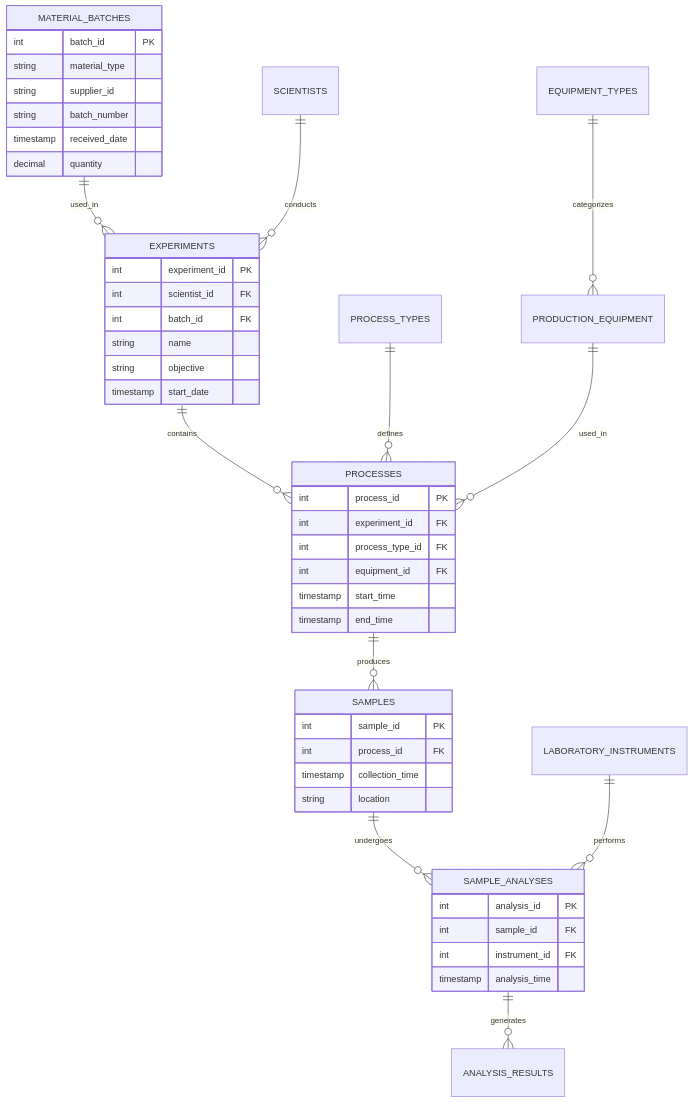
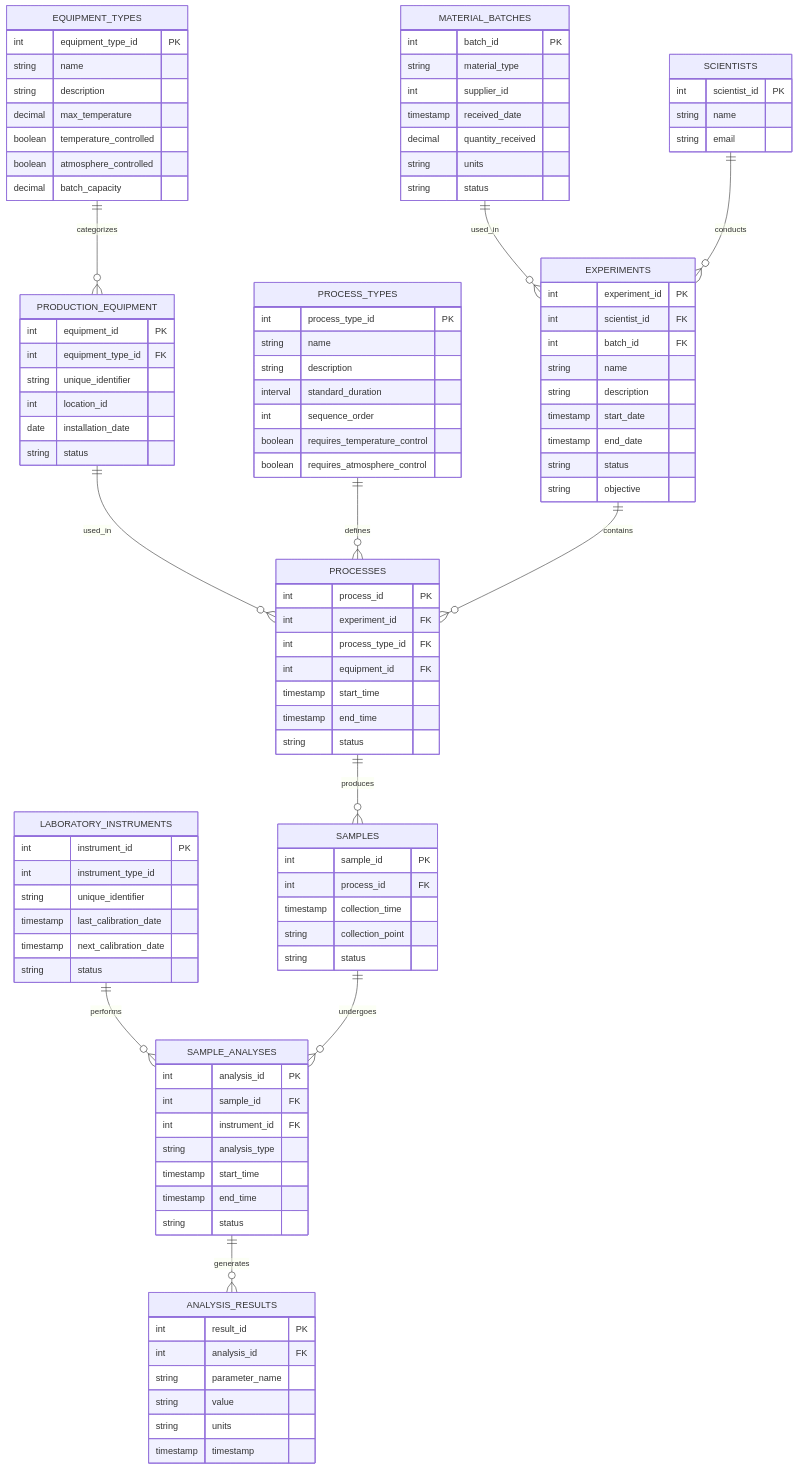
Before and after one commit to ojsindher/lab-database: the diagram in docs/ERD.md, drawn with Mermaid.

Commit message:
Feature/erd updates (#1)
* Update ERD.md

* correcting the typo

* Update ERD.md

* returning to previous state

* adding scientists

* adding process types

* adding new tables

* removing attribute word

* trying to fix the block word

* trying to fix the block word

* removing experiments

* reording the graph

* removing comparison ID

* reordering

* removing UNIQUE keyword

* removing UNIQUE keyword

* Update ERD.md

````diff
--- a/docs/ERD.md
+++ b/docs/ERD.md
@@ -3,34 +3,73 @@
 ```mermaid
 erDiagram
     MATERIAL_BATCHES ||--o{ EXPERIMENTS : "used_in"
+    SCIENTISTS ||--o{ EXPERIMENTS : "conducts"
+    EQUIPMENT_TYPES ||--o{ PRODUCTION_EQUIPMENT : "categorizes"
+    PRODUCTION_EQUIPMENT ||--o{ PROCESSES : "used_in"
+    PROCESS_TYPES ||--o{ PROCESSES : "defines"
     EXPERIMENTS ||--o{ PROCESSES : "contains"
     PROCESSES ||--o{ SAMPLES : "produces"
+    LABORATORY_INSTRUMENTS ||--o{ SAMPLE_ANALYSES : "performs"
     SAMPLES ||--o{ SAMPLE_ANALYSES : "undergoes"
     SAMPLE_ANALYSES ||--o{ ANALYSIS_RESULTS : "generates"
-    PROCESS_TYPES ||--o{ PROCESSES : "defines"
-    EQUIPMENT_TYPES ||--o{ PRODUCTION_EQUIPMENT : "categorizes"
-    PRODUCTION_EQUIPMENT ||--o{ PROCESSES : "used_in"
-    LABORATORY_INSTRUMENTS ||--o{ SAMPLE_ANALYSES : "performs"
-    SCIENTISTS ||--o{ EXPERIMENTS : "conducts"
-    
+
     MATERIAL_BATCHES {
         int batch_id PK
         string material_type
-        string supplier_id
-        string batch_number
+        int supplier_id
         timestamp received_date
-        decimal quantity
+        decimal quantity_received
+        string units
+        string status
     }
-    
+
+    SCIENTISTS {
+        int scientist_id PK
+        string name
+        string email
+    }
+
+    EQUIPMENT_TYPES {
+        int equipment_type_id PK
+        string name
+        string description
+        decimal max_temperature
+        boolean temperature_controlled
+        boolean atmosphere_controlled
+        decimal batch_capacity
+    }
+
+    PRODUCTION_EQUIPMENT {
+        int equipment_id PK
+        int equipment_type_id FK
+        string unique_identifier
+        int location_id
+        date installation_date
+        string status
+    }
+
     EXPERIMENTS {
         int experiment_id PK
         int scientist_id FK
         int batch_id FK
         string name
+        string description
+        timestamp start_date
+        timestamp end_date
+        string status
         string objective
-        timestamp start_date
     }
-    
+
+    PROCESS_TYPES {
+        int process_type_id PK
+        string name
+        string description
+        interval standard_duration
+        int sequence_order
+        boolean requires_temperature_control
+        boolean requires_atmosphere_control
+    }
+
     PROCESSES {
         int process_id PK
         int experiment_id FK
@@ -38,19 +77,42 @@
         int equipment_id FK
         timestamp start_time
         timestamp end_time
+        string status
     }
-    
+
     SAMPLES {
         int sample_id PK
         int process_id FK
         timestamp collection_time
-        string location
+        string collection_point
+        string status
     }
-    
+
+    LABORATORY_INSTRUMENTS {
+        int instrument_id PK
+        int instrument_type_id
+        string unique_identifier
+        timestamp last_calibration_date
+        timestamp next_calibration_date
+        string status
+    }
+
     SAMPLE_ANALYSES {
         int analysis_id PK
         int sample_id FK
         int instrument_id FK
-        timestamp analysis_time
+        string analysis_type
+        timestamp start_time
+        timestamp end_time
+        string status
+    }
+
+    ANALYSIS_RESULTS {
+        int result_id PK
+        int analysis_id FK
+        string parameter_name
+        string value
+        string units
+        timestamp timestamp
     }
 ```
````
